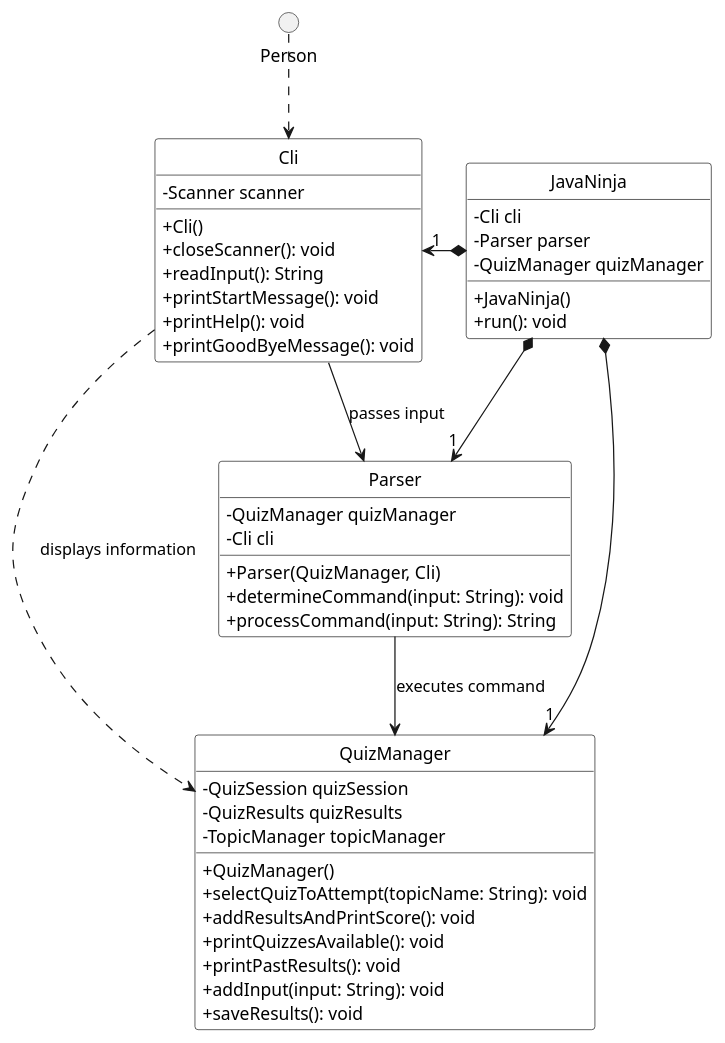
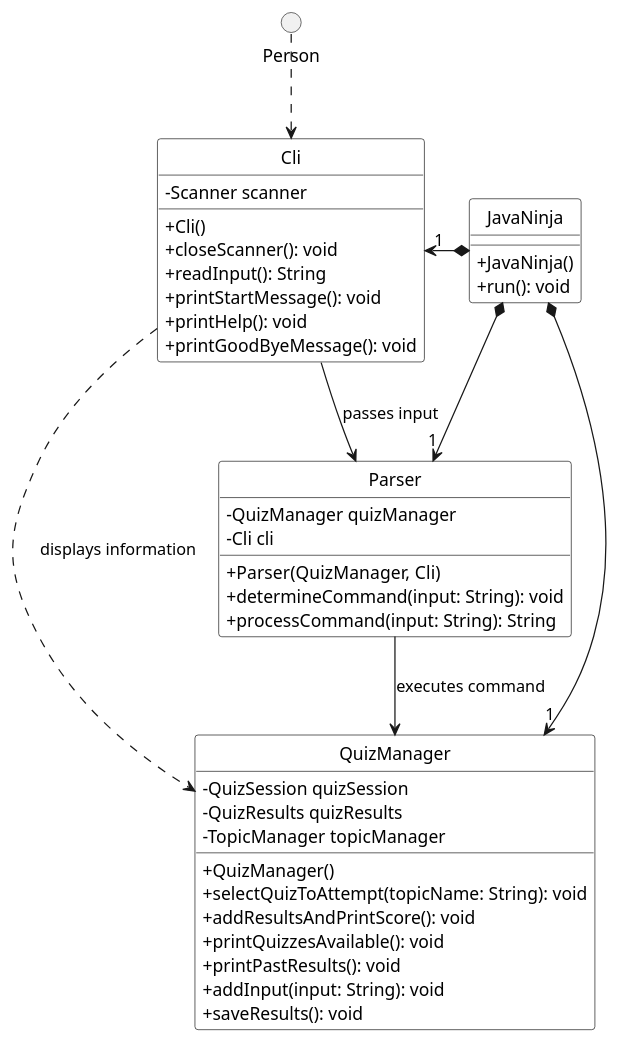
The diagram in docs/UML/puml-files/JavaNinja/JavaNinja.puml (nus-cs2113-AY2425S1/tp), drawn with PlantUML before and after one commit. The commit also changed 23 other files, not shown here.

```diff
--- a/docs/UML/puml-files/JavaNinja/JavaNinja.puml
+++ b/docs/UML/puml-files/JavaNinja/JavaNinja.puml
@@ -1,65 +1,62 @@
 @startuml
 hide circle
 
 skinparam classAttributeIconSize 0
 
 skinparam class {
     BackgroundColor White
     BorderColor Black
     FontColor Black
 }
 
 skinparam class {
     FontName Bold
 }
 
 circle Person
 
 class JavaNinja {
-    - Cli cli
-    - Parser parser
-    - QuizManager quizManager
     + JavaNinja()
     + run(): void
 }
 
 class Cli {
     - Scanner scanner
     + Cli()
     + closeScanner(): void
     + readInput(): String
     + printStartMessage(): void
     + printHelp(): void
     + printGoodByeMessage(): void
 }
 
 class Parser {
     - QuizManager quizManager
     - Cli cli
     + Parser(QuizManager, Cli)
     + determineCommand(input: String): void
     + processCommand(input: String): String
 }
 
 class QuizManager {
     - QuizSession quizSession
     - QuizResults quizResults
     - TopicManager topicManager
     + QuizManager()
     + selectQuizToAttempt(topicName: String): void
     + addResultsAndPrintScore(): void
     + printQuizzesAvailable(): void
     + printPastResults(): void
     + addInput(input: String): void
     + saveResults(): void
 }
 
 Person ..> Cli
 JavaNinja *-left-> "1" Cli
 JavaNinja *-down-> "1" Parser
 JavaNinja *--> "1" QuizManager
 Cli --> Parser : passes input
 Parser --> QuizManager : executes command
 Cli ..> QuizManager : displays information
 
 @enduml
```
